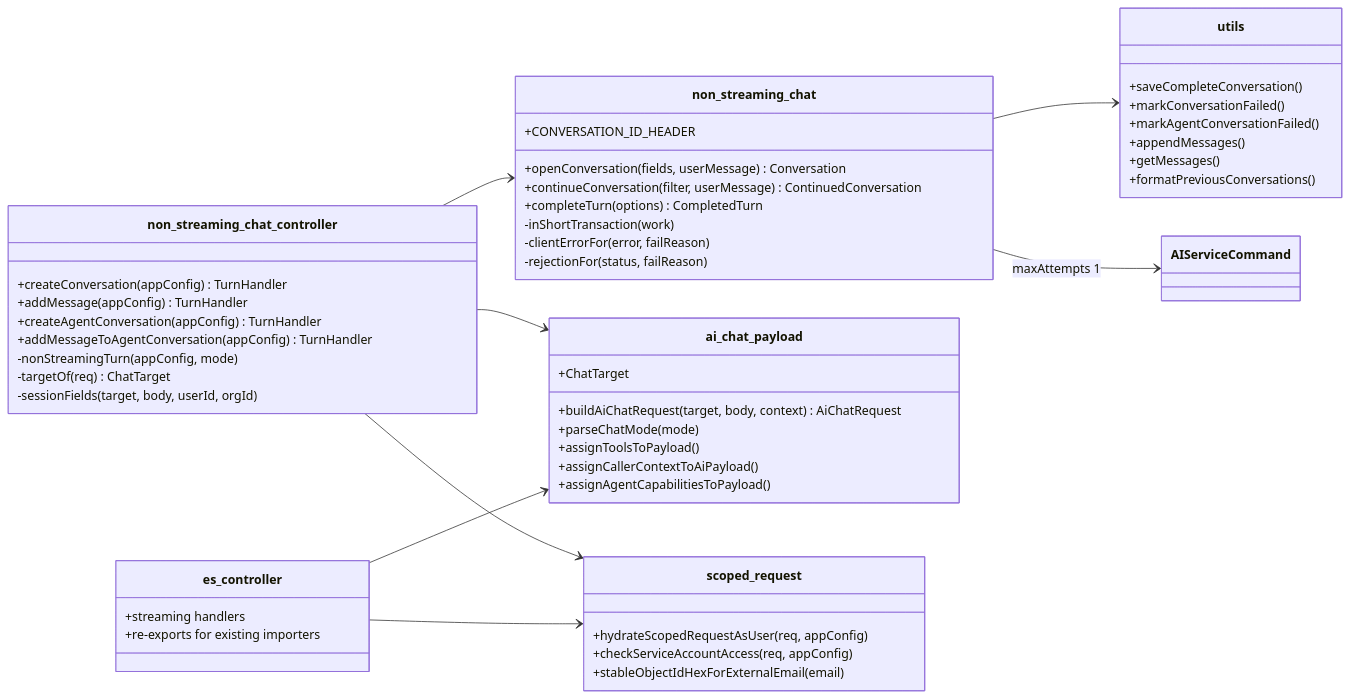
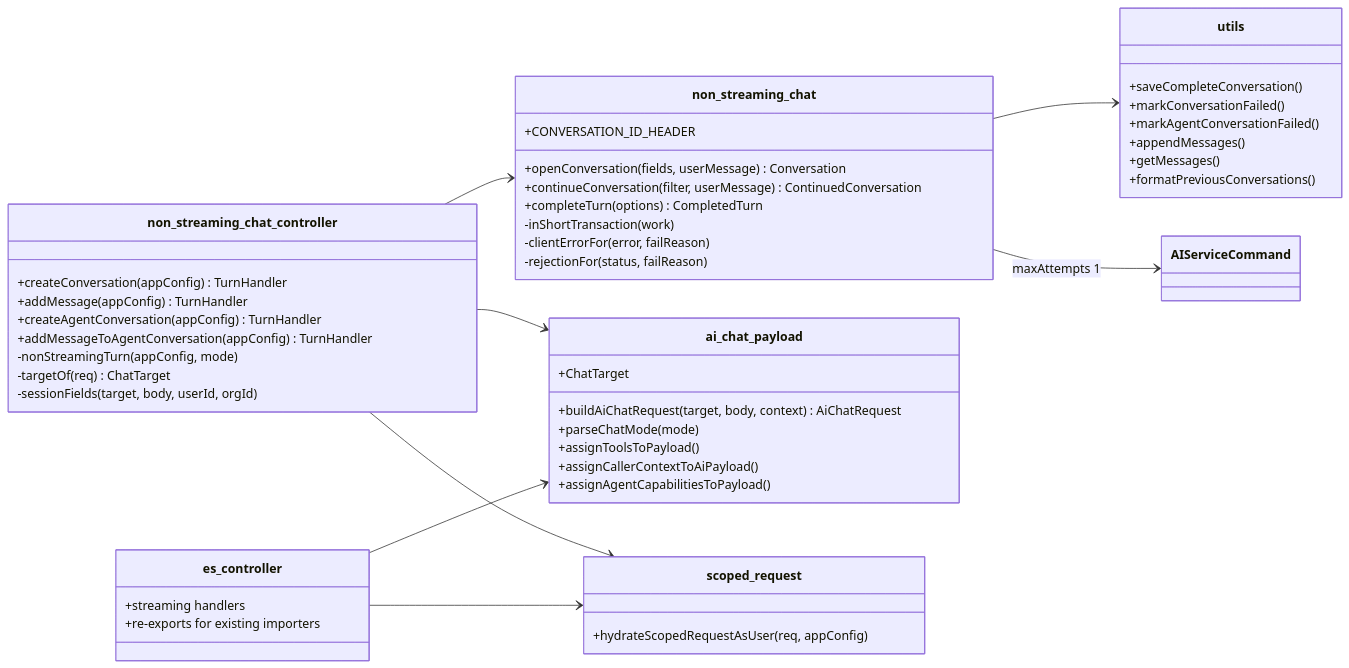
One commit to pipeshub-ai/pipeshub-ai changed the second of 6 diagrams in docs/non-streaming-chat.md. Above: the diagram before and after it, drawn with Mermaid. The commit also changed 149 other files, not shown here.

````diff
--- a/docs/non-streaming-chat.md
+++ b/docs/non-streaming-chat.md
@@ -86,54 +86,52 @@
 ```mermaid
 classDiagram
     direction LR
     class non_streaming_chat_controller {
       +createConversation(appConfig) TurnHandler
       +addMessage(appConfig) TurnHandler
       +createAgentConversation(appConfig) TurnHandler
       +addMessageToAgentConversation(appConfig) TurnHandler
       -nonStreamingTurn(appConfig, mode)
       -targetOf(req) ChatTarget
       -sessionFields(target, body, userId, orgId)
     }
     class non_streaming_chat {
       +CONVERSATION_ID_HEADER
       +openConversation(fields, userMessage) Conversation
       +continueConversation(filter, userMessage) ContinuedConversation
       +completeTurn(options) CompletedTurn
       -inShortTransaction(work)
       -clientErrorFor(error, failReason)
       -rejectionFor(status, failReason)
     }
     class ai_chat_payload {
       +ChatTarget
       +buildAiChatRequest(target, body, context) AiChatRequest
       +parseChatMode(mode)
       +assignToolsToPayload()
       +assignCallerContextToAiPayload()
       +assignAgentCapabilitiesToPayload()
     }
     class scoped_request {
       +hydrateScopedRequestAsUser(req, appConfig)
-      +checkServiceAccountAccess(req, appConfig)
-      +stableObjectIdHexForExternalEmail(email)
     }
     class utils {
       +saveCompleteConversation()
       +markConversationFailed()
       +markAgentConversationFailed()
       +appendMessages()
       +getMessages()
       +formatPreviousConversations()
     }
     class es_controller {
       +streaming handlers
       +re-exports for existing importers
     }
     non_streaming_chat_controller --> scoped_request
     non_streaming_chat_controller --> non_streaming_chat
     non_streaming_chat_controller --> ai_chat_payload
     non_streaming_chat --> utils
     non_streaming_chat --> AIServiceCommand : maxAttempts 1
     es_controller --> ai_chat_payload
     es_controller --> scoped_request
 ```
````
